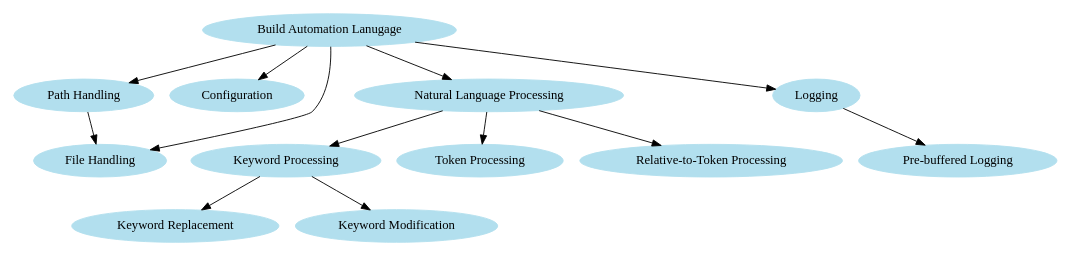
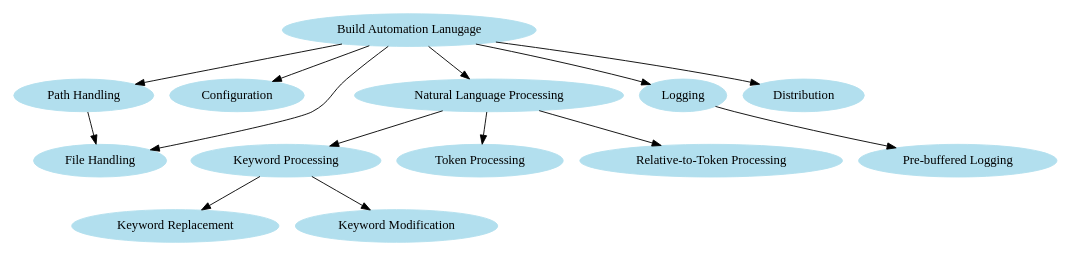
The diagram in design_languages/build_automation_language.gv (fkromer/eswp3), drawn with Graphviz before and after one commit.

Commit message:
add: Node for Distribution Pattern Language

```diff
--- a/design_languages/build_automation_language.gv
+++ b/design_languages/build_automation_language.gv
@@ -1,43 +1,45 @@
 digraph build_automation_language{
    // styling
    size="11";
    node [color=lightblue2, style=filled];
 
    // 1st to 2nd level node transitions
    bal -> ph;
    bal -> cfg;
    bal -> nlp;
    bal -> log;
    bal -> fh;
+   bal -> dist;
 
    // 2nd to 3rd level node transitions
    ph -> fh;
    nlp -> kwdp;
    nlp -> tp;
    nlp -> rkwp;
    log -> pblog;
 
    // 3rd to 4th level node transitions
    kwdp -> kwr;
    kwdp -> kwm;
 
 // 1st level nodes
 bal [label="Build Automation Lanugage"];
 
 // 2nd level nodes (left to right)
 ph [label="Path Handling", URL="../design_languages/build_automation_language.html#path-handling"];
 cfg [label="Configuration", URL="../design_languages/build_automation_language.html#configuration"];
 nlp [label="Natural Language Processing"];
 log [label="Logging"];
+dist [label="Distribution"];
 
 // 3rd level nodes (left to right)
 fh [label="File Handling", URL="../design_languages/build_automation_language.html#file-handling"];
 kwdp [label="Keyword Processing"];
 tp [label="Token Processing"];
 rkwp [label="Relative-to-Token Processing"];
 pblog [label="Pre-buffered Logging"];
 
 // 4th level nodes (left to right)
 kwr [label="Keyword Replacement"];
 kwm [label="Keyword Modification"];
 }
```
